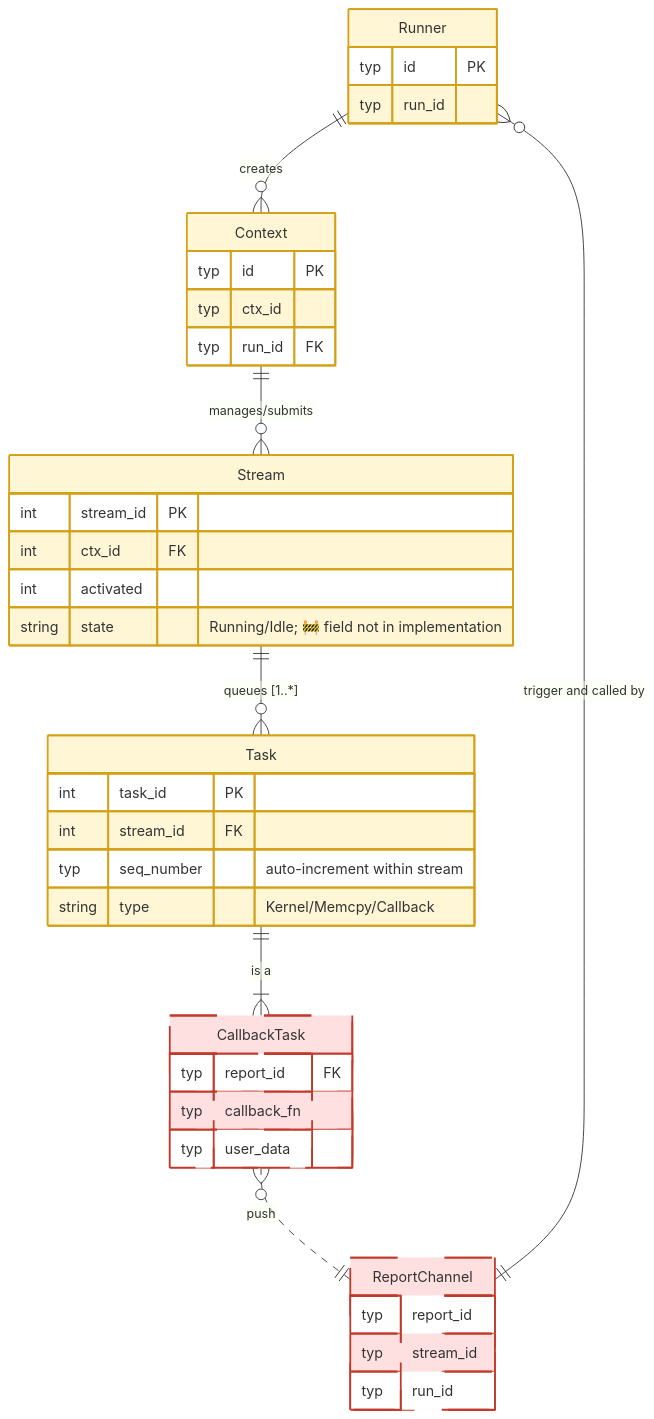
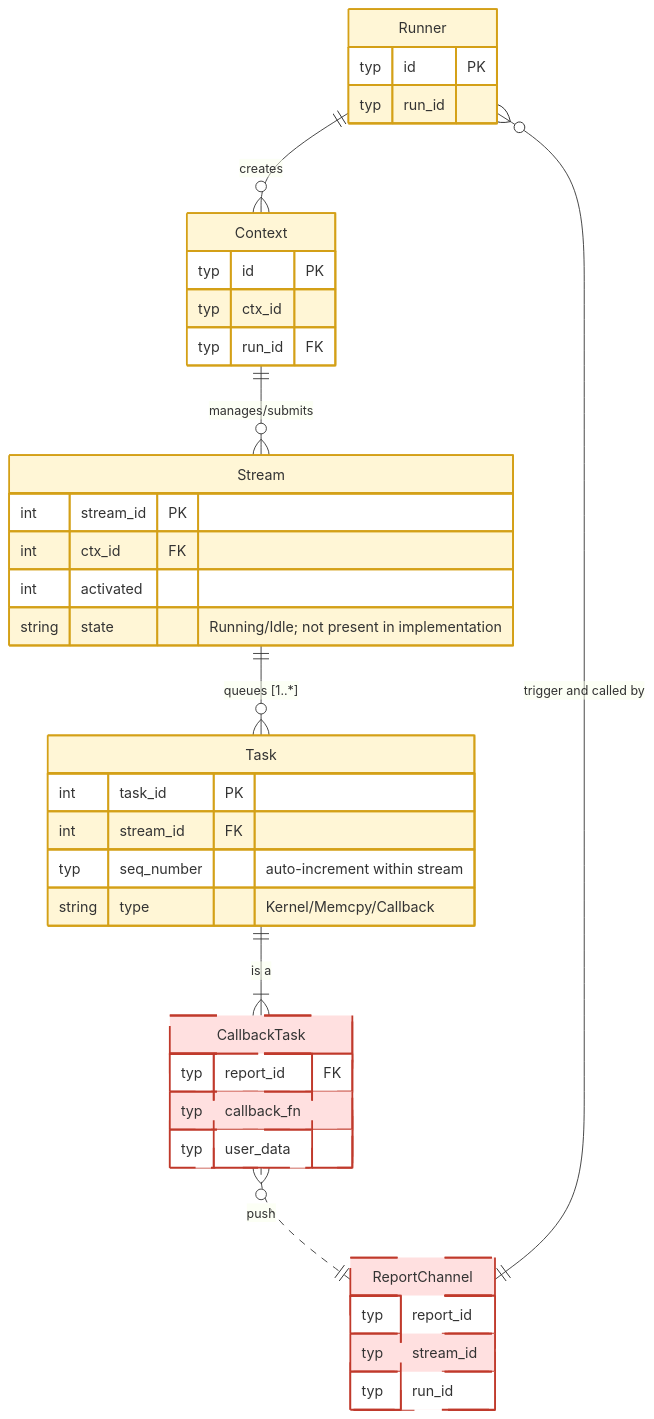
One commit to Atlas-Ascend-Fork/hcomm changed diagram 17 of 19 in test/hccl_vm/docs/simulator_runner_data_model_en.md. Above: the diagram before and after it, drawn with Mermaid. The commit also changed other lines of this file and 171 other files, not shown here.

````diff
--- a/test/hccl_vm/docs/simulator_runner_data_model_en.md
+++ b/test/hccl_vm/docs/simulator_runner_data_model_en.md
@@ -1894,60 +1916,60 @@
 ```mermaid
 erDiagram
     Runner ||--o{ Context: "creates"
     Runner {
         typ id PK
         typ run_id
     }
 
     Context {
         typ id PK
         typ ctx_id
         typ run_id FK
     }
 
     Stream {
         int stream_id PK
         int ctx_id FK
         int activated
-        string state "Running/Idle; 🚧 field not in implementation"
+        string state "Running/Idle; not present in implementation"
     }
-    %% Implementation has no state field; run state is expressed by activated/capture_status/task_complete_status
+    %% Implementation does not have a state field; runtime state is expressed by activated/capture_status/task_complete_status
 
     %% Stream contains an ordered task list
     Context ||--o{ Stream : "manages/submits"
     Stream ||--o{ Task : "queues [1..*]"
 
     Task {
         int task_id PK
         int stream_id FK
         typ seq_number "auto-increment within stream"
         string type "Kernel/Memcpy/Callback"
     }
 
-    %% Various specific Task types (logical inheritance)
+    %% Various concrete Task types (logical inheritance relationship)
     CallbackTask {
         typ report_id FK
         typ callback_fn
         typ user_data
     }
 
-    %% Inheritance logical expression (Task has multiple types)
-    %% 🧠 Process-private candidates: Context / Stream / Task (only src/proxy accesses)
-    %% CallbackTask is discriminated by Task.type (implementation only creates Task table)
+    %% Logical expression of inheritance (Task has multiple kinds)
+    %% Process-private candidates: Context / Stream / Task (accessed only by src/proxy)
+    %% CallbackTask is distinguished by Task.type (implementation creates only the Task table)
     Task ||--|{ CallbackTask : "is a"
 
     ReportChannel {
         typ report_id
         typ stream_id
         typ run_id
     }
 
     CallbackTask }o..|| ReportChannel : "push"
     ReportChannel ||--o{ Runner : "trigger and called by"
 
     classDef unimplemented fill:#ffe0e0,stroke:#c0392b,stroke-width:2px,stroke-dasharray:5 3
     classDef inproc fill:#fff6d6,stroke:#d4a017,stroke-width:2px
     class CallbackTask,ReportChannel unimplemented
     class Runner,Context,Stream,Task inproc
 
 ```
````
